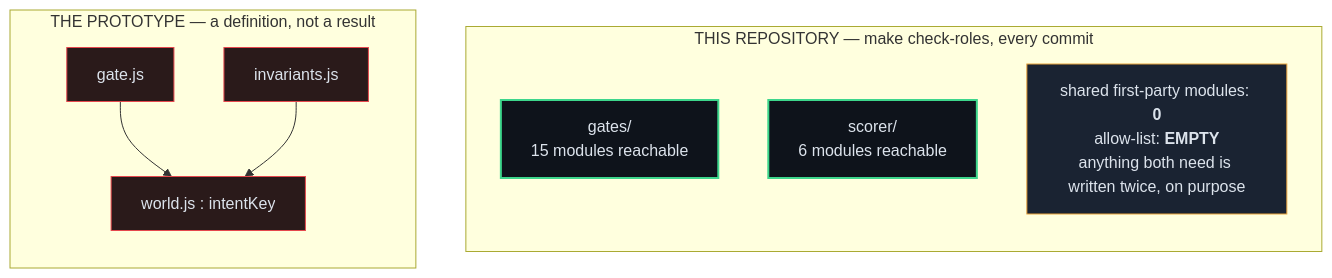
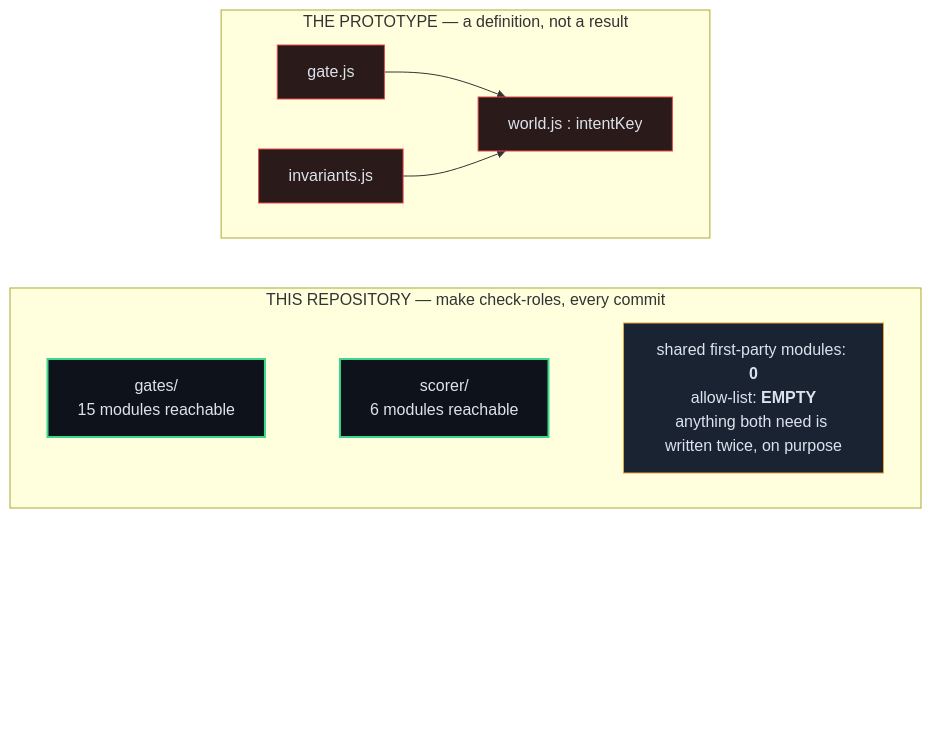
The fourth of 4 diagrams in README.md (chinmoypaul8897/whetstone-gate), drawn with Mermaid before and after one commit. The commit also changed other lines of this file and 3 other files, not shown here.

First line of the commit message:
chore(readme): crop the three film stills to their content; re-lay three diagrams so GitHub's mermaid controls cover nothing

````diff
--- a/README.md
+++ b/README.md
@@ -278,21 +301,28 @@
 ```mermaid
-flowchart LR
+flowchart TB
     subgraph SPIKE["THE PROTOTYPE — a definition, not a result"]
-        direction TB
+        direction LR
         G0["gate.js"] --> K["world.js : intentKey"]
         I0["invariants.js"] --> K
     end
     subgraph NOW["THIS REPOSITORY — make check-roles, every commit"]
-        direction TB
+        direction LR
+        X["shared first-party modules: <b>0</b><br/>allow-list: <b>EMPTY</b><br/>anything both need is written twice, on purpose"]
         G1["gates/<br/>15 modules reachable"]
         S1["scorer/<br/>6 modules reachable"]
-        X["shared first-party modules: <b>0</b><br/>allow-list: <b>EMPTY</b><br/>anything both need is written twice, on purpose"]
+        G1 ~~~ S1 ~~~ X
     end
     SPIKE ~~~ NOW
+    subgraph SP[" "]
+        SP1["<br/><br/><br/>"]
+    end
+    NOW ~~~ SP
+    style SP fill:none,stroke:none
+    style SP1 fill:none,stroke:none,color:transparent
     classDef bad fill:#2A1A1A,stroke:#E5484D,color:#DCE3EC
     classDef ok fill:#0E131B,stroke:#3DD68C,stroke-width:2px,color:#DCE3EC
     classDef note fill:#1A2332,stroke:#E8A33D,color:#DCE3EC
     class G0,I0,K bad
     class G1,S1 ok
     class X note
 ```
````
